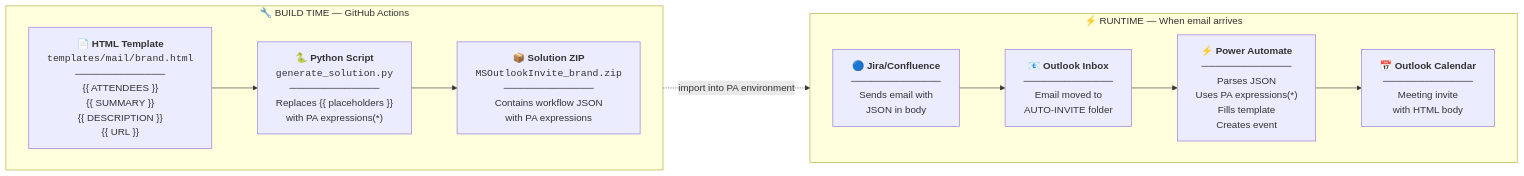
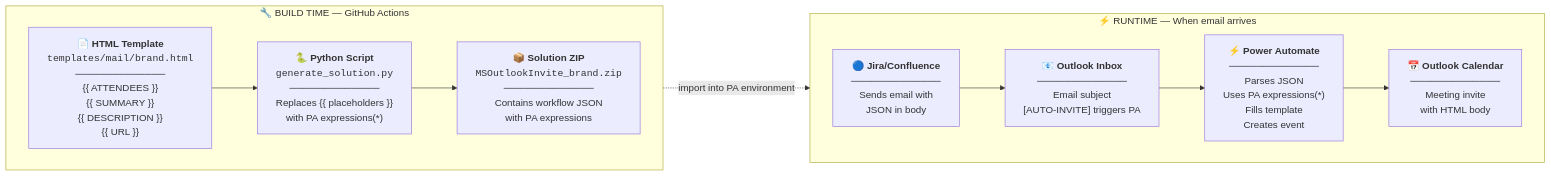
Before and after one commit to johantre/ms-outlook-invite: the diagram in YOURTEMPLATE.md, drawn with Mermaid. The commit also changed 3 other files, not shown here.

First line of the commit message:
Outlook AUTO-INVITE folder & Rule: NO MORE

````diff
--- a/YOURTEMPLATE.md
+++ b/YOURTEMPLATE.md
@@ -9,21 +9,21 @@
 ```mermaid
 flowchart LR
     subgraph BUILD ["🔧 BUILD TIME — GitHub Actions"]
         direction LR
         TPL["📄 <b>HTML Template</b><br/><code>templates/mail/brand.html</code><br/>─────────────<br/>{{ ATTENDEES }}<br/>{{ SUMMARY }}<br/>{{ DESCRIPTION }}<br/>{{ URL }}"]
         SCRIPT["🐍 <b>Python Script</b><br/><code>generate_solution.py</code><br/>─────────────<br/>Replaces {{ placeholders }}<br/>with PA expressions(*)"]
         SOL["📦 <b>Solution ZIP</b><br/><code>MSOutlookInvite_brand.zip</code><br/>─────────────<br/>Contains workflow JSON<br/>with PA expressions"]
         TPL --> SCRIPT --> SOL
     end
 
     subgraph RUNTIME ["⚡ RUNTIME — When email arrives"]
         direction LR
         JIRA["🔵 <b>Jira/Confluence</b><br/>─────────────<br/>Sends email with<br/>JSON in body"]
-        EMAIL["📧 <b>Outlook Inbox</b><br/>─────────────<br/>Email moved to<br/>AUTO-INVITE folder"]
+        EMAIL["📧 <b>Outlook Inbox</b><br/>─────────────<br/>Email subject<br/>[AUTO-INVITE] triggers PA"]
         PA["⚡ <b>Power Automate</b><br/>─────────────<br/>Parses JSON<br/>Uses PA expressions(*)<br/>Fills template<br/>Creates event"]
         CAL["📅 <b>Outlook Calendar</b><br/>─────────────<br/>Meeting invite<br/>with HTML body"]
         JIRA --> EMAIL --> PA --> CAL
     end
 
     SOL -.->|"import into PA environment"| PA
 ```
````
